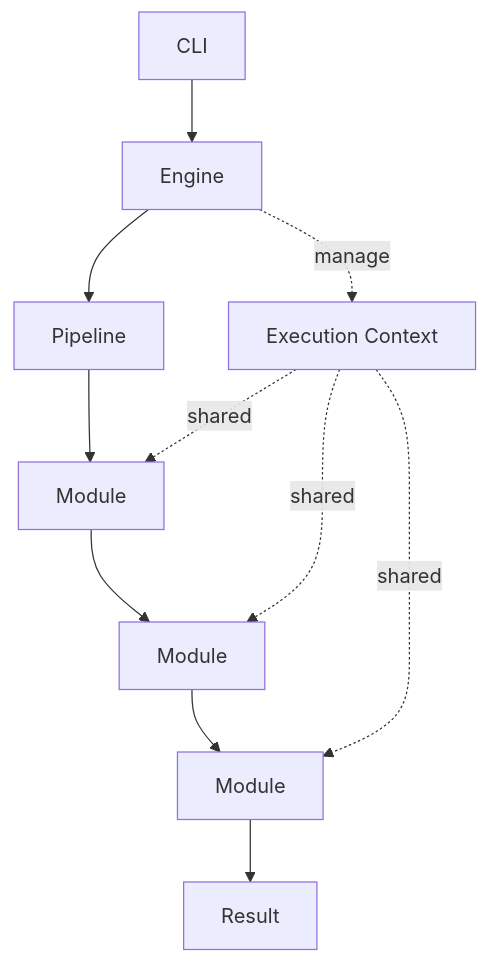
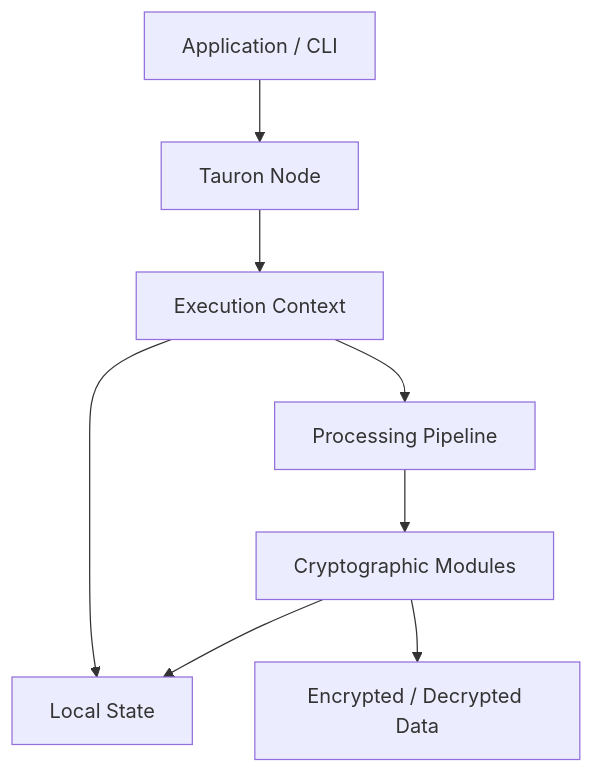
Before and after one commit to komed3/tauron: the diagram in docs/architecture.md, drawn with Mermaid. The commit also changed other lines of this file, not shown here.

Commit message:
rework architecture

````diff
--- a/docs/architecture.md
+++ b/docs/architecture.md
@@ -39,27 +39,18 @@
 ```mermaid
 flowchart TD
-  CLI["CLI"]
-  Engine["Engine"]
-  Pipeline["Pipeline"]
-  Context["Execution Context"]
+    User["Application / CLI"]
+    Node["Tauron Node"]
+    Context["Execution Context"]
+    Pipeline["Processing Pipeline"]
+    Modules["Cryptographic Modules"]
+    State["Local State"]
+    Output["Encrypted / Decrypted Data"]
 
-  ModuleA["Module"]
-  ModuleB["Module"]
-  ModuleC["Module"]
-
-  Output["Result"]
-
-  CLI --> Engine
-  Engine --> Pipeline
-
-  Pipeline --> ModuleA
-  ModuleA --> ModuleB
-  ModuleB --> ModuleC
-
-  Engine -. manage .-> Context
-  Context -. shared .-> ModuleA
-  Context -. shared .-> ModuleB
-  Context -. shared .-> ModuleC
-
-  ModuleC --> Output
+    User --> Node
+    Node --> Context
+    Context --> State
+    Context --> Pipeline
+    Pipeline --> Modules
+    Modules --> State
+    Modules --> Output
 ```
````
